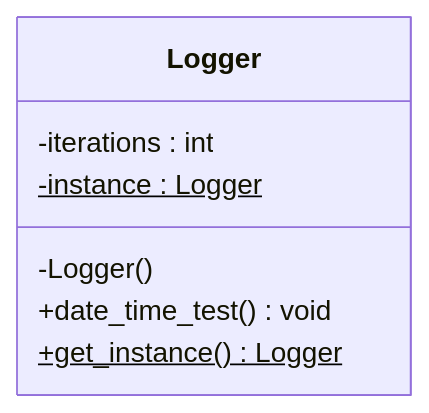
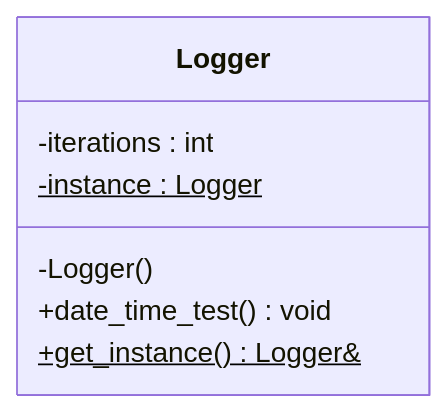
One commit to A-A-Tel/Logger-CPP changed the diagram in uml.mmd. Above: the diagram before and after it, drawn with Mermaid. The commit also changed 3 other files, not shown here.

Commit message:
made get_instance return by reference

```diff
--- a/uml.mmd
+++ b/uml.mmd
@@ -1,11 +1,11 @@
 classDiagram
     class Logger {
 
         -iterations : int
         -instance : Logger$
 
 
         -Logger()
         +date_time_test() void
-        +get_instance() Logger$
+        +get_instance() Logger&$
     }
```
